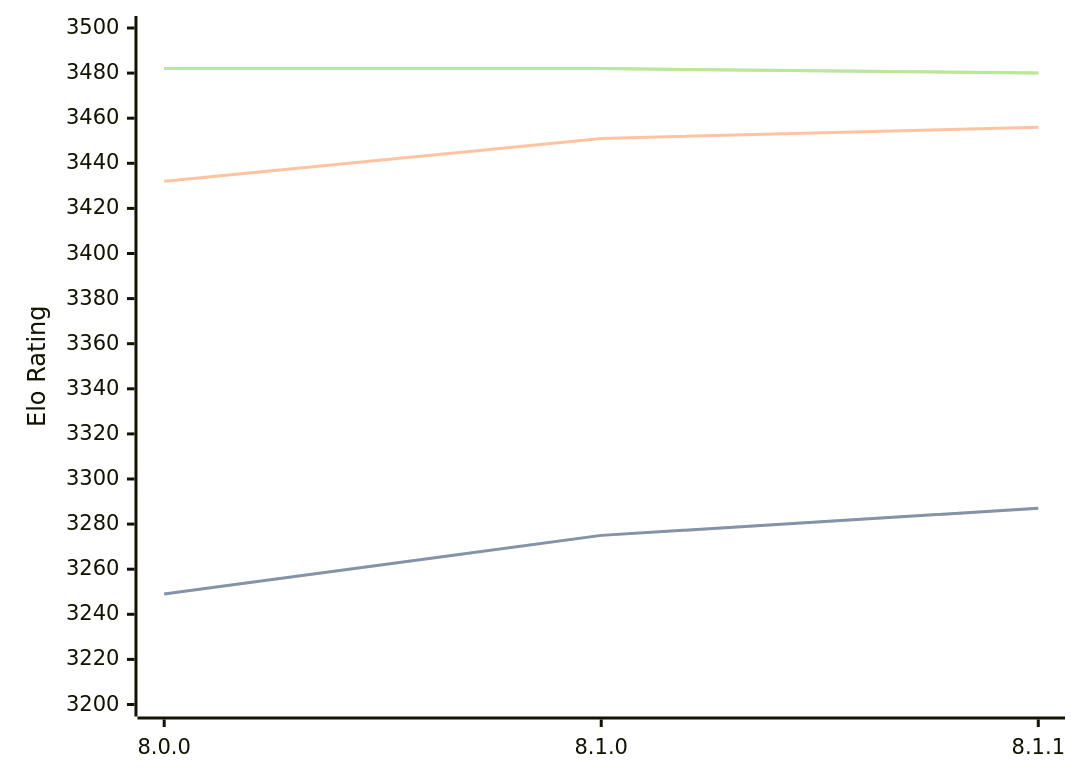
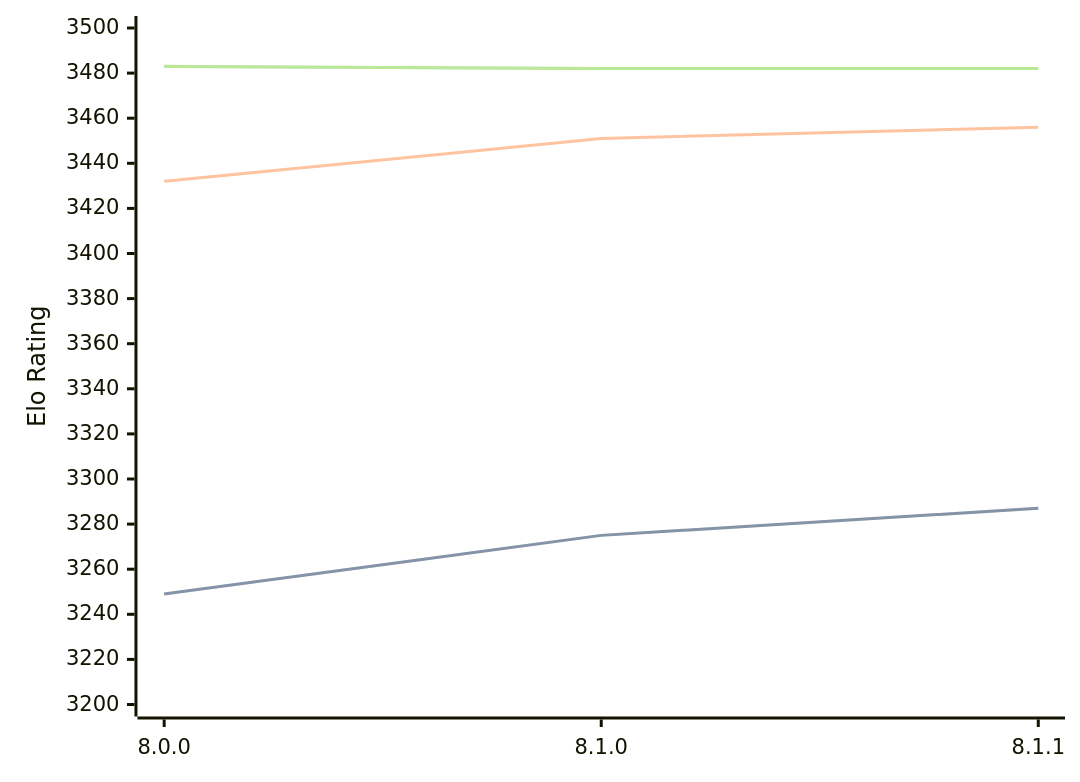
The diagram in engines/Velvet.md (computer-chess-index/cci), drawn with Mermaid before and after one commit. The commit also changed other lines of this file, not shown here.

Commit message:
Update CCI Ratings (ELO VLTC) - 2026-10-02

````diff
--- a/engines/Velvet.md
+++ b/engines/Velvet.md
@@ -33,11 +33,11 @@
 ```mermaid
 %%{init: {"theme":"base","themeVariables":{"seriesColors:['#a3a3a3','#222221','#faa371']}}}%%
 xychart-beta
   x-axis ["8.0.0", "8.1.0", "8.1.1"]
   y-axis "Elo Rating" 3200 --> 3500
   line "" [3249, 3275, 3287]
   line "STC (8.0+0.08s)" [3249, 3275, 3287]
   line "LTC (60.0+0.60s)" [3432, 3451, 3456]
-  line "" [3482, 3482, 3480]
-  line "VLTC (2m24s+1.12s)" [3482, 3482, 3480]
+  line "" [3483, 3482, 3482]
+  line "VLTC (2m24s+1.12s)" [3483, 3482, 3482]
 ```
````
